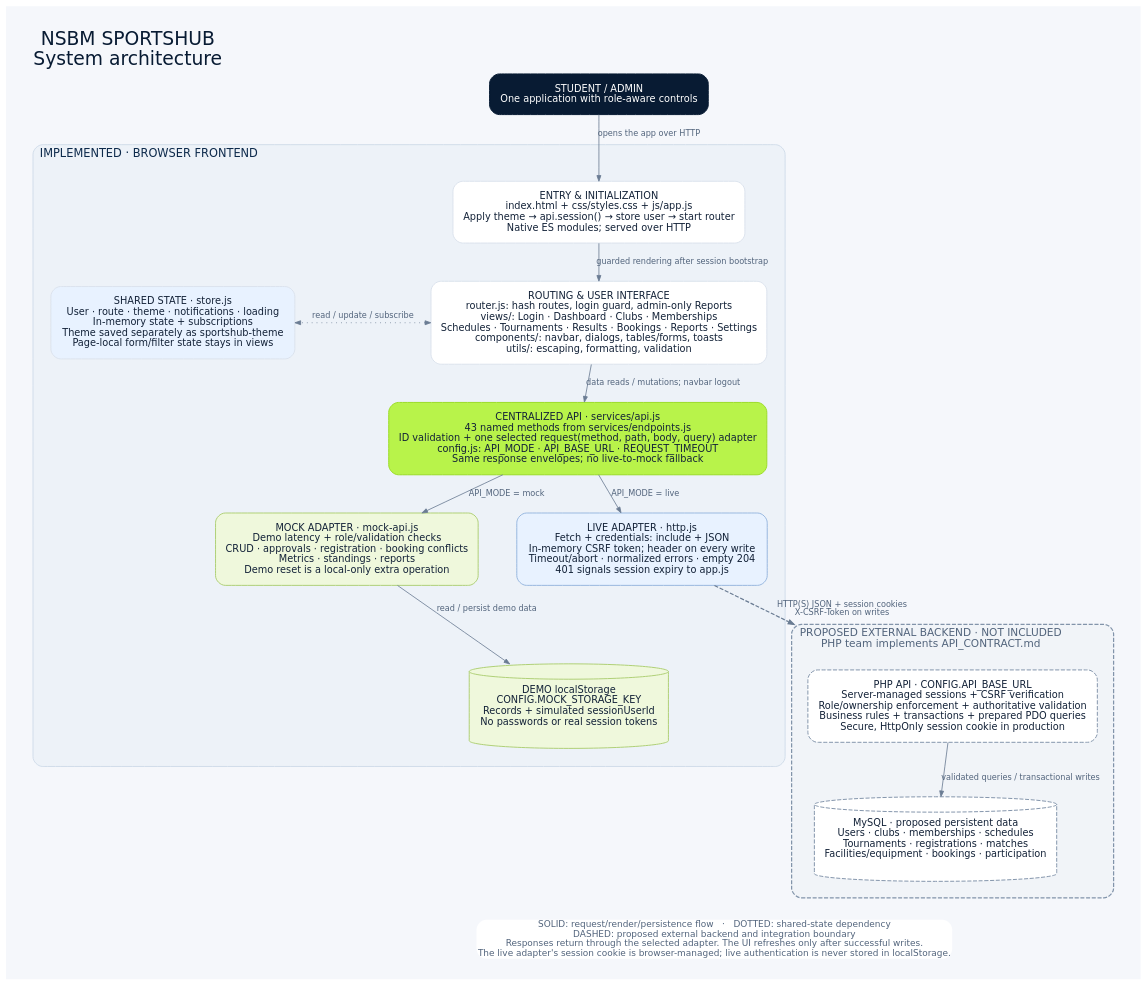
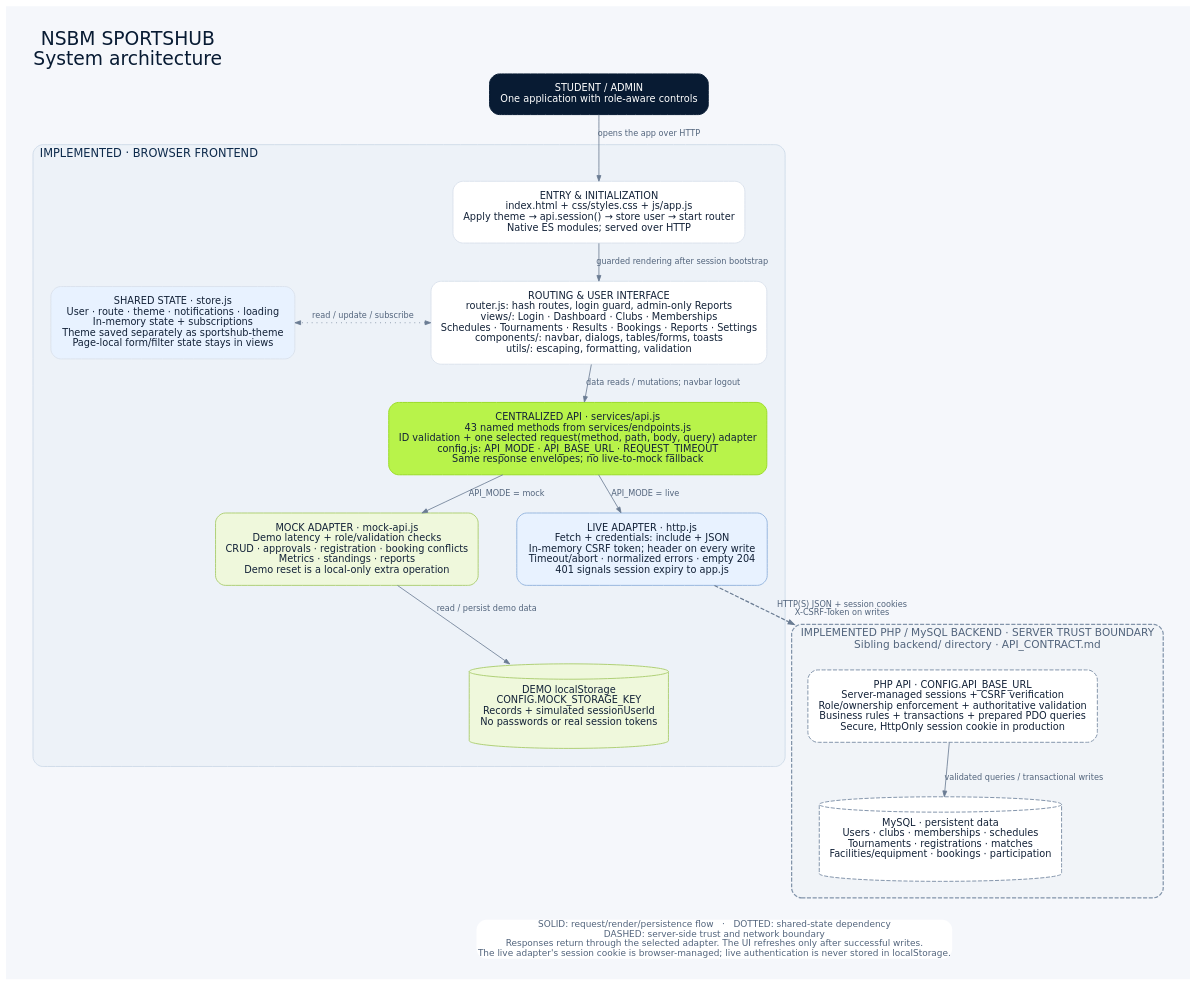
The diagram in nsbm-sportshub-frontend/docs/diagrams/architecture.dot (Ckstr-arch/NewProject), drawn with Graphviz before and after one commit. The commit also changed 62 other files, not shown here.

Commit message:
Implement PHP/MySQL backend and live frontend integration

```diff
--- a/nsbm-sportshub-frontend/docs/diagrams/architecture.dot
+++ b/nsbm-sportshub-frontend/docs/diagrams/architecture.dot
@@ -1,42 +1,42 @@
 // Editable source. From nsbm-sportshub-frontend/ run:
 // dot -Tsvg docs/diagrams/architecture.dot -o docs/diagrams/architecture.svg
 digraph SportsHub {
   graph [rankdir=TB, compound=true, newrank=true, bgcolor="#f5f7fb", pad="0.35", nodesep="0.65", ranksep="0.5", fontname="DejaVu Sans", fontsize=23, fontcolor="#081b33", label="NSBM SPORTSHUB\nSystem architecture", labelloc=t, labeljust=l, splines=polyline];
   node [shape=box, style="rounded,filled", fillcolor="#ffffff", color="#dbe3ed", fontname="DejaVu Sans", fontsize=12, fontcolor="#132238", margin="0.2,0.17", penwidth=1.2];
   edge [fontname="DejaVu Sans", fontsize=10, color="#6a7c93", fontcolor="#52647c", arrowsize=0.7];
 
   people [label="STUDENT / ADMIN\nOne application with role-aware controls", fillcolor="#081b33", fontcolor="#ffffff", color="#081b33"];
 
   subgraph cluster_frontend {
     label="IMPLEMENTED · BROWSER FRONTEND"; fontsize=14; fontcolor="#0d2a4b"; color="#cbd8e7"; style="rounded,filled"; fillcolor="#edf2f8"; margin=22;
     entry [label="ENTRY & INITIALIZATION\nindex.html + css/styles.css + js/app.js\nApply theme → api.session() → store user → start router\nNative ES modules; served over HTTP"];
     ui [label="ROUTING & USER INTERFACE\nrouter.js: hash routes, login guard, admin-only Reports\nviews/: Login · Dashboard · Clubs · Memberships\nSchedules · Tournaments · Results · Bookings · Reports · Settings\ncomponents/: navbar, dialogs, tables/forms, toasts\nutils/: escaping, formatting, validation"];
     state [label="SHARED STATE · store.js\nUser · route · theme · notifications · loading\nIn-memory state + subscriptions\nTheme saved separately as sportshub-theme\nPage-local form/filter state stays in views", fillcolor="#e8f2ff"];
     api [label="CENTRALIZED API · services/api.js\n43 named methods from services/endpoints.js\nID validation + one selected request(method, path, body, query) adapter\nconfig.js: API_MODE · API_BASE_URL · REQUEST_TIMEOUT\nSame response envelopes; no live-to-mock fallback", fillcolor="#b8f34a", color="#9bdc25"];
     mock [label="MOCK ADAPTER · mock-api.js\nDemo latency + role/validation checks\nCRUD · approvals · registration · booking conflicts\nMetrics · standings · reports\nDemo reset is a local-only extra operation", fillcolor="#eff8dc", color="#aecf75"];
     http [label="LIVE ADAPTER · http.js\nFetch + credentials: include + JSON\nIn-memory CSRF token; header on every write\nTimeout/abort · normalized errors · empty 204\n401 signals session expiry to app.js", fillcolor="#e8f2ff", color="#97b6df"];
     demo [shape=cylinder, label="DEMO localStorage\nCONFIG.MOCK_STORAGE_KEY\nRecords + simulated sessionUserId\nNo passwords or real session tokens", fillcolor="#eff8dc", color="#aecf75"];
     entry -> ui [label="guarded rendering after session bootstrap"];
     ui -> state [dir=both, style=dotted, label="read / update / subscribe", constraint=false];
     {rank=same;ui;state;}
     ui -> api [label="data reads / mutations; navbar logout"];
     api -> mock [label="API_MODE = mock"];
     api -> http [label="API_MODE = live"];
     {rank=same;mock;http;}
     mock -> demo [label="read / persist demo data"];
   }
 
   subgraph cluster_backend {
-    label="PROPOSED EXTERNAL BACKEND · NOT INCLUDED\nPHP team implements API_CONTRACT.md";
+    label="IMPLEMENTED PHP / MySQL BACKEND · SERVER TRUST BOUNDARY\nSibling backend/ directory · API_CONTRACT.md";
     fontsize=13; fontcolor="#52647c"; color="#8294aa"; penwidth=1.5; style="rounded,dashed,filled"; fillcolor="#f1f4f8"; margin=20;
     php [label="PHP API · CONFIG.API_BASE_URL\nServer-managed sessions + CSRF verification\nRole/ownership enforcement + authoritative validation\nBusiness rules + transactions + prepared PDO queries\nSecure, HttpOnly session cookie in production", style="rounded,dashed,filled", fillcolor="#ffffff", color="#8294aa"];
-    mysql [shape=cylinder, label="MySQL · proposed persistent data\nUsers · clubs · memberships · schedules\nTournaments · registrations · matches\nFacilities/equipment · bookings · participation", style="dashed,filled", color="#8294aa"];
+    mysql [shape=cylinder, label="MySQL · persistent data\nUsers · clubs · memberships · schedules\nTournaments · registrations · matches\nFacilities/equipment · bookings · participation", style="dashed,filled", color="#8294aa"];
     php -> mysql [label="validated queries / transactional writes"];
   }
   people -> entry [label="opens the app over HTTP"];
   http -> php [label="HTTP(S) JSON + session cookies\nX-CSRF-Token on writes", style=dashed, penwidth=1.5, lhead=cluster_backend];
   {rank=same;demo;php;}
-  legend [shape=plain, label="SOLID: request/render/persistence flow   ·   DOTTED: shared-state dependency\nDASHED: proposed external backend and integration boundary\nResponses return through the selected adapter. The UI refreshes only after successful writes.\nThe live adapter's session cookie is browser-managed; live authentication is never stored in localStorage.", fontsize=11, fontcolor="#52647c"];
+  legend [shape=plain, label="SOLID: request/render/persistence flow   ·   DOTTED: shared-state dependency\nDASHED: server-side trust and network boundary\nResponses return through the selected adapter. The UI refreshes only after successful writes.\nThe live adapter's session cookie is browser-managed; live authentication is never stored in localStorage.", fontsize=11, fontcolor="#52647c"];
   demo -> legend [style=invis];
   mysql -> legend [style=invis];
 }
```
